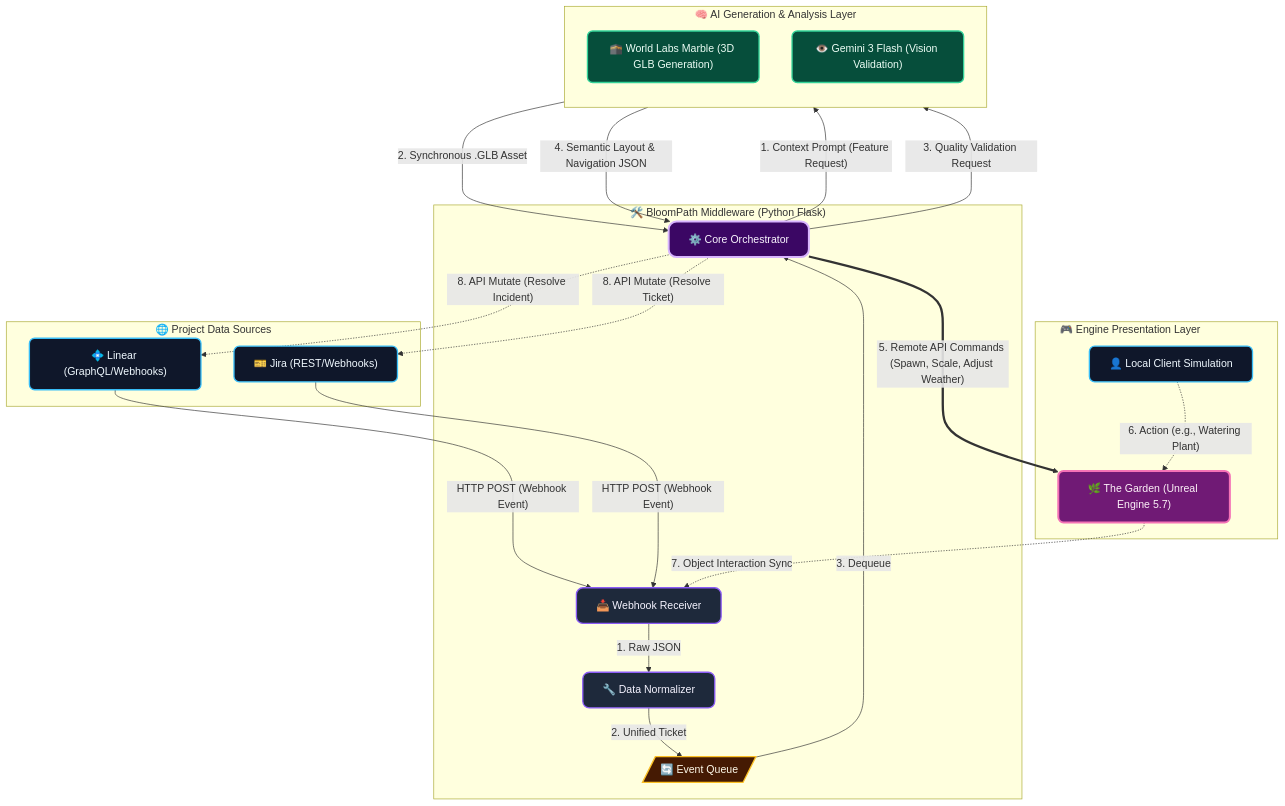
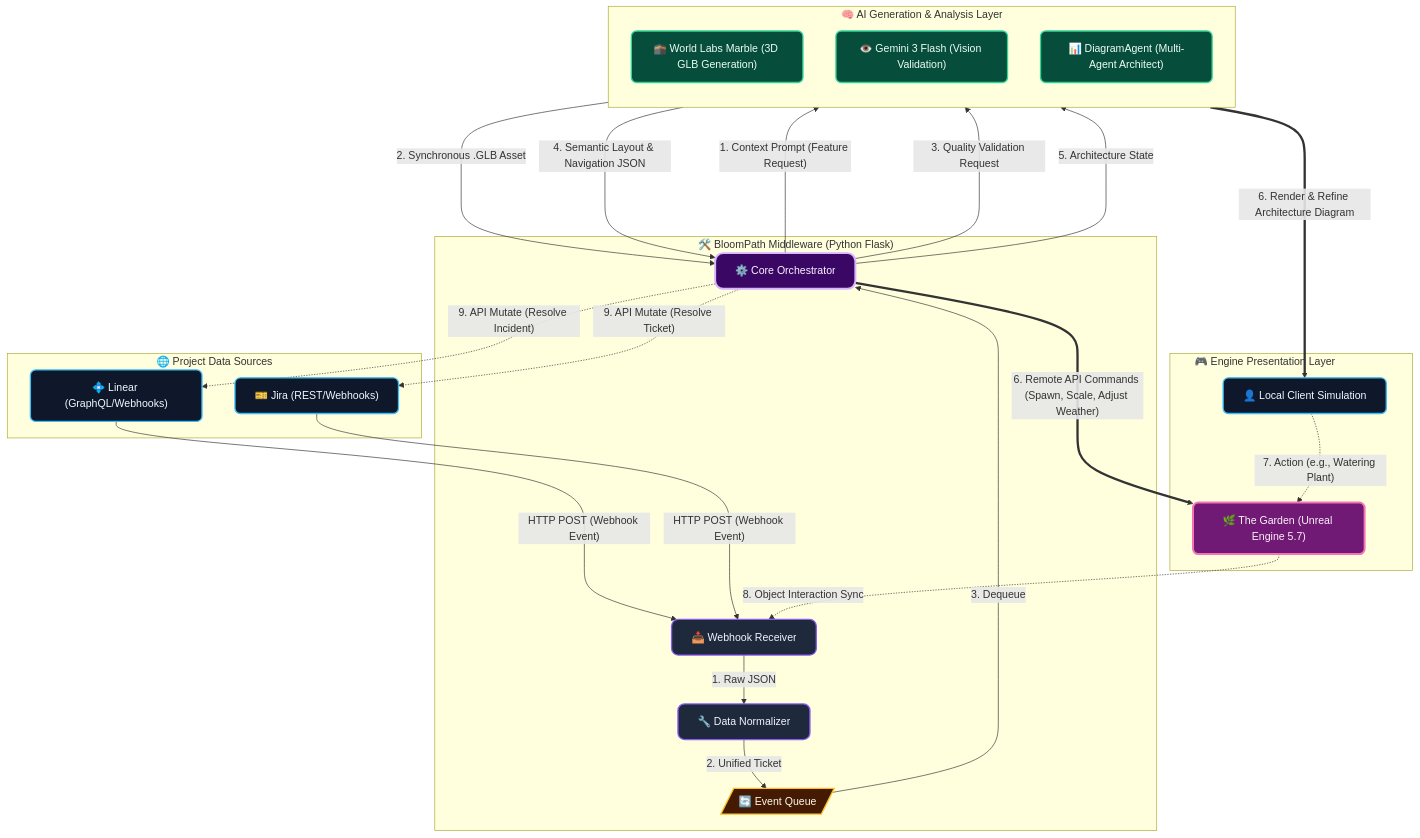
The diagram in README.md (petripaananen/BloomPath), drawn with Mermaid before and after one commit. The commit also changed 1 other file, not shown here.

Commit message:
docs: update unified architecture diagram with the new DiagramAgent layer

````diff
--- a/README.md
+++ b/README.md
@@ -8,59 +8,62 @@
 ```mermaid
 flowchart TB
     %% Modern Technical Styling
     classDef source fill:#0F172A,stroke:#38BDF8,stroke-width:2px,color:#F0F9FF,rx:8,ry:8
     classDef middleware fill:#1E293B,stroke:#8B5CF6,stroke-width:2px,color:#F5F3FF,rx:10,ry:10
     classDef core fill:#3B0764,stroke:#D8B4FE,stroke-width:3px,color:#FAF5FF,rx:12,ry:12
     classDef ai fill:#064E3B,stroke:#34D399,stroke-width:2px,color:#ECFDF5,rx:8,ry:8
     classDef engine fill:#701A75,stroke:#F472B6,stroke-width:3px,color:#FDF2F8,rx:8,ry:8
     classDef queue fill:#451A03,stroke:#FBBF24,stroke-width:2px,color:#FFFBEB,rx:20,ry:20
 
     subgraph Data ["🌐 Project Data Sources"]
         Linear["💠 Linear (GraphQL/Webhooks)"]:::source
         Jira["🎫 Jira (REST/Webhooks)"]:::source
     end
 
     subgraph Middleware ["🛠️ BloomPath Middleware (Python Flask)"]
         Receiver["📥 Webhook Receiver"]:::middleware
         Normalizer["🔧 Data Normalizer"]:::middleware
         EventQ[/"🔄 Event Queue"/]:::queue
         Orch["⚙️ Core Orchestrator"]:::core
         
         Receiver -->|"1. Raw JSON"| Normalizer
         Normalizer -->|"2. Unified Ticket"| EventQ
         EventQ -->|"3. Dequeue"| Orch
     end
 
     subgraph Intelligence ["🧠 AI Generation & Analysis Layer"]
         direction TB
         Marble["🕋 World Labs Marble (3D GLB Generation)"]:::ai
         Gemini["👁️ Gemini 3 Flash (Vision Validation)"]:::ai
+        DiagAgent["📊 DiagramAgent (Multi-Agent Architect)"]:::ai
     end
 
     subgraph Visualization ["🎮 Engine Presentation Layer&nbsp;&nbsp;&nbsp;&nbsp;&nbsp;&nbsp;&nbsp;&nbsp;&nbsp;&nbsp;&nbsp;&nbsp;&nbsp;&nbsp;&nbsp;&nbsp;&nbsp;&nbsp;"]
         Client["👤 Local Client Simulation"]:::source
         UE5["🌿 The Garden (Unreal Engine 5.7)"]:::engine
         Client ~~~ UE5
     end
 
     %% Data Ingestion Flow
     Linear --->|"HTTP POST (Webhook Event)"| Receiver
     Jira --->|"HTTP POST (Webhook Event)"| Receiver
 
     %% AI Loop
     Orch --->|"1. Context Prompt (Feature Request)"| Marble
     Marble --->|"2. Synchronous .GLB Asset"| Orch
     Orch --->|"3. Quality Validation Request"| Gemini
     Gemini --->|"4. Semantic Layout & Navigation JSON"| Orch
+    Orch --->|"5. Architecture State"| DiagAgent
 
     %% Render Loop
-    Orch ===>|"5. Remote API Commands (Spawn, Scale, Adjust Weather)"| UE5
+    Orch ===>|"6. Remote API Commands (Spawn, Scale, Adjust Weather)"| UE5
+    DiagAgent ===>|"6. Render & Refine Architecture Diagram"| Client
     
     %% Feedback Loop
-    Client -.->|"6. Action (e.g., Watering Plant)"| UE5
-    UE5 -.->|"7. Object Interaction Sync"| Receiver
+    Client -.->|"7. Action (e.g., Watering Plant)"| UE5
+    UE5 -.->|"8. Object Interaction Sync"| Receiver
     
     %% Return API
-    Orch -.->|"8. API Mutate (Resolve Incident)"| Linear
-    Orch -.->|"8. API Mutate (Resolve Ticket)"| Jira
+    Orch -.->|"9. API Mutate (Resolve Incident)"| Linear
+    Orch -.->|"9. API Mutate (Resolve Ticket)"| Jira
 ```
````
